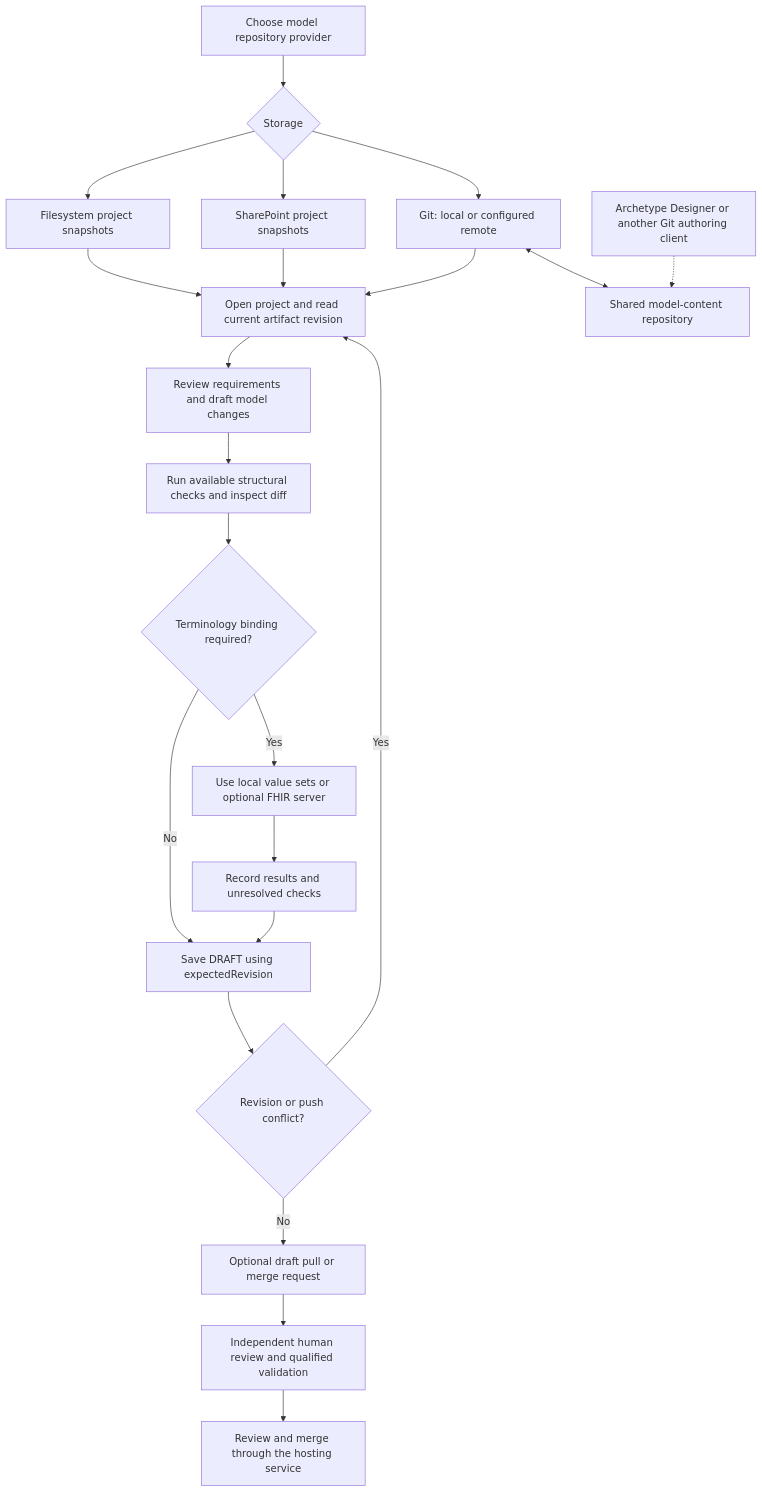
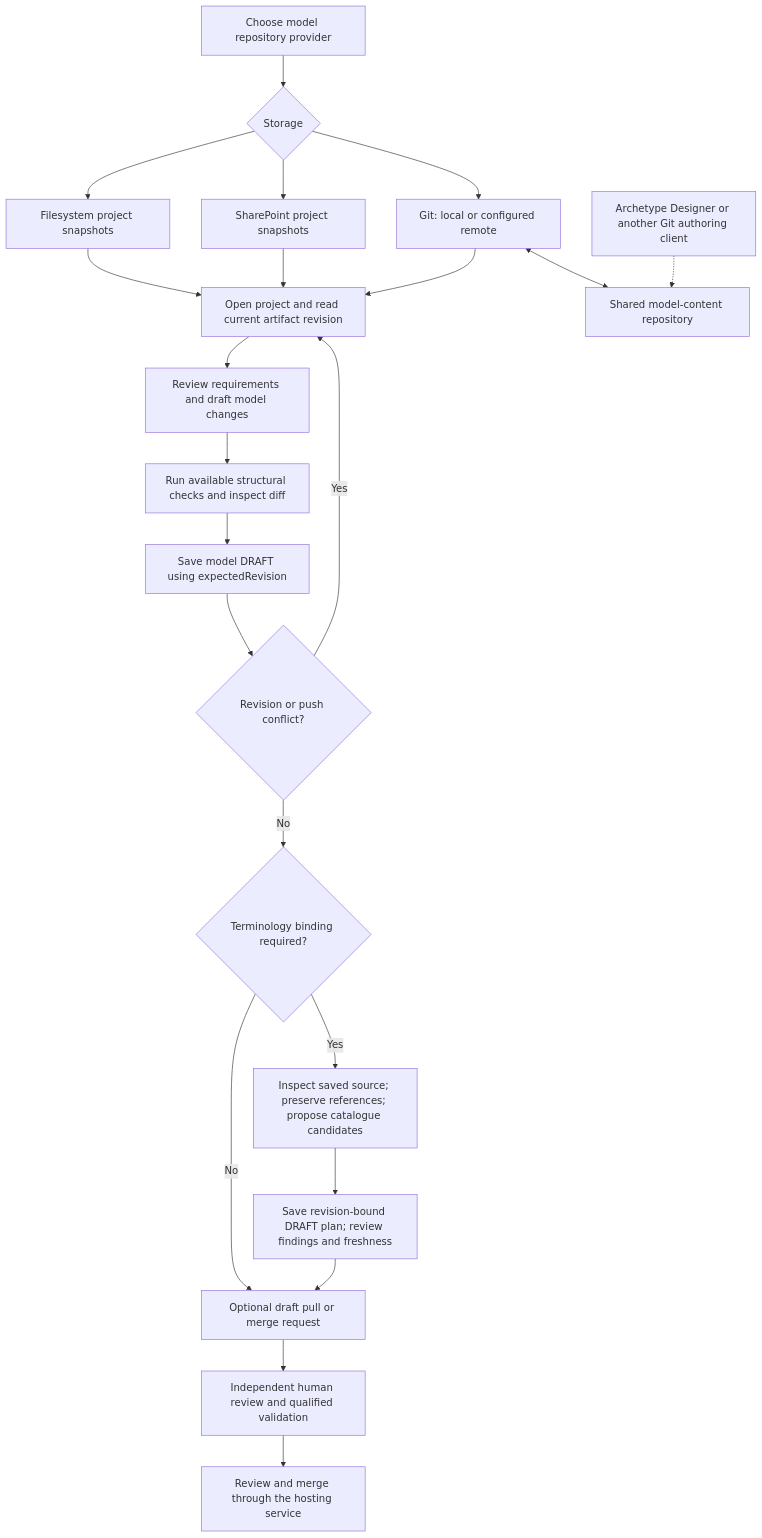
One commit to CzarMich/openehr-modelling-assistant changed the diagram in docs/workflows/shared-git-models.md. Above: the diagram before and after it, drawn with Mermaid. The commit also changed other lines of this file and 45 other files, not shown here.

Commit message:
feat(terminology): persist revision-bound binding plans and explicit XML inspection

````diff
--- a/docs/workflows/shared-git-models.md
+++ b/docs/workflows/shared-git-models.md
@@ -5,24 +5,24 @@
 ```mermaid
 flowchart TD
     Start[Choose model repository provider] --> Choice{Storage}
     Choice --> FS[Filesystem project snapshots]
     Choice --> SP[SharePoint project snapshots]
     SP --> Open
     Choice --> Git[Git: local or configured remote]
     FS --> Open[Open project and read current artifact revision]
     Git --> Open
     Author[Archetype Designer or another Git authoring client] -.-> Remote[Shared model-content repository]
     Git <--> Remote
     Open --> Draft[Review requirements and draft model changes]
     Draft --> Check[Run available structural checks and inspect diff]
-    Check --> Terms{Terminology binding required?}
-    Terms -->|No| Save[Save DRAFT using expectedRevision]
-    Terms -->|Yes| LocalOrRemote[Use local value sets or optional FHIR server]
-    LocalOrRemote --> Evidence[Record results and unresolved checks]
-    Evidence --> Save
+    Check --> Save[Save model DRAFT using expectedRevision]
     Save --> Conflict{Revision or push conflict?}
     Conflict -->|Yes| Open
-    Conflict -->|No| Hosted[Optional draft pull or merge request]
+    Conflict -->|No| Terms{Terminology binding required?}
+    Terms -->|No| Hosted[Optional draft pull or merge request]
+    Terms -->|Yes| Plan[Inspect saved source; preserve references; propose catalogue candidates]
+    Plan --> Evidence[Save revision-bound DRAFT plan; review findings and freshness]
+    Evidence --> Hosted
     Hosted --> Human[Independent human review and qualified validation]
     Human --> Review[Review and merge through the hosting service]
 ```
````
